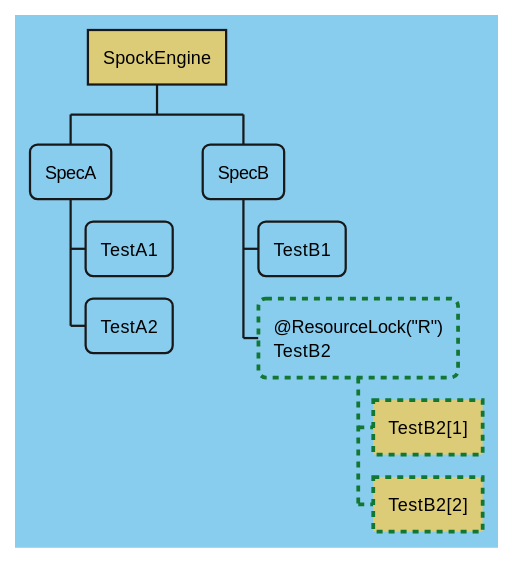
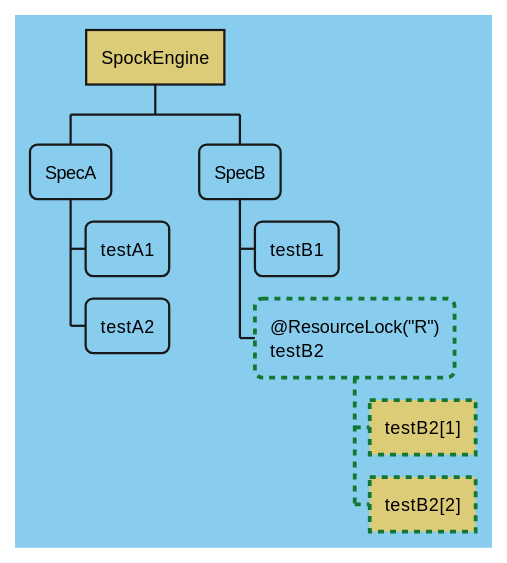
Diagram 11 of 15 in docs/parallel_execution.adoc (spockframework/spock), drawn with PlantUML before and after one commit. The commit also changed other lines of this file, not shown here.

Commit message:
Rename upper case Test to test in parallel_execution.adoc

```diff
--- a/docs/parallel_execution.adoc
+++ b/docs/parallel_execution.adoc
@@ -502,38 +502,38 @@
 [plantuml,images/lock-inherit-iterate-feature,svg]
 ....
 @startwbs
 <style>
 wbsDiagram {
   BackgroundColor #88CCEE
   RoundCorner 10
   node {
     :depth(0) {
       BackgroundColor #DDCC77
       RoundCorner 0
     }
   }
 
   .samethread * {
       BackgroundColor #DDCC77
       RoundCorner 0
   }
 
   .write_lock * {
       LineStyle 4
       LineThickness 2.5
       LineColor #117733
   }
 }
 </style>
 skinparam shadowing false
 * SpockEngine
 ** SpecA
-*** TestA1
-*** TestA2
+*** testA1
+*** testA2
 ** SpecB
-*** TestB1
-*** @ResourceLock("R")\nTestB2 <<write_lock>>
-**** TestB2[1] <<samethread>>
-**** TestB2[2] <<samethread>>
+*** testB1
+*** @ResourceLock("R")\ntestB2 <<write_lock>>
+**** testB2[1] <<samethread>>
+**** testB2[2] <<samethread>>
 @endwbs
 ....
```
